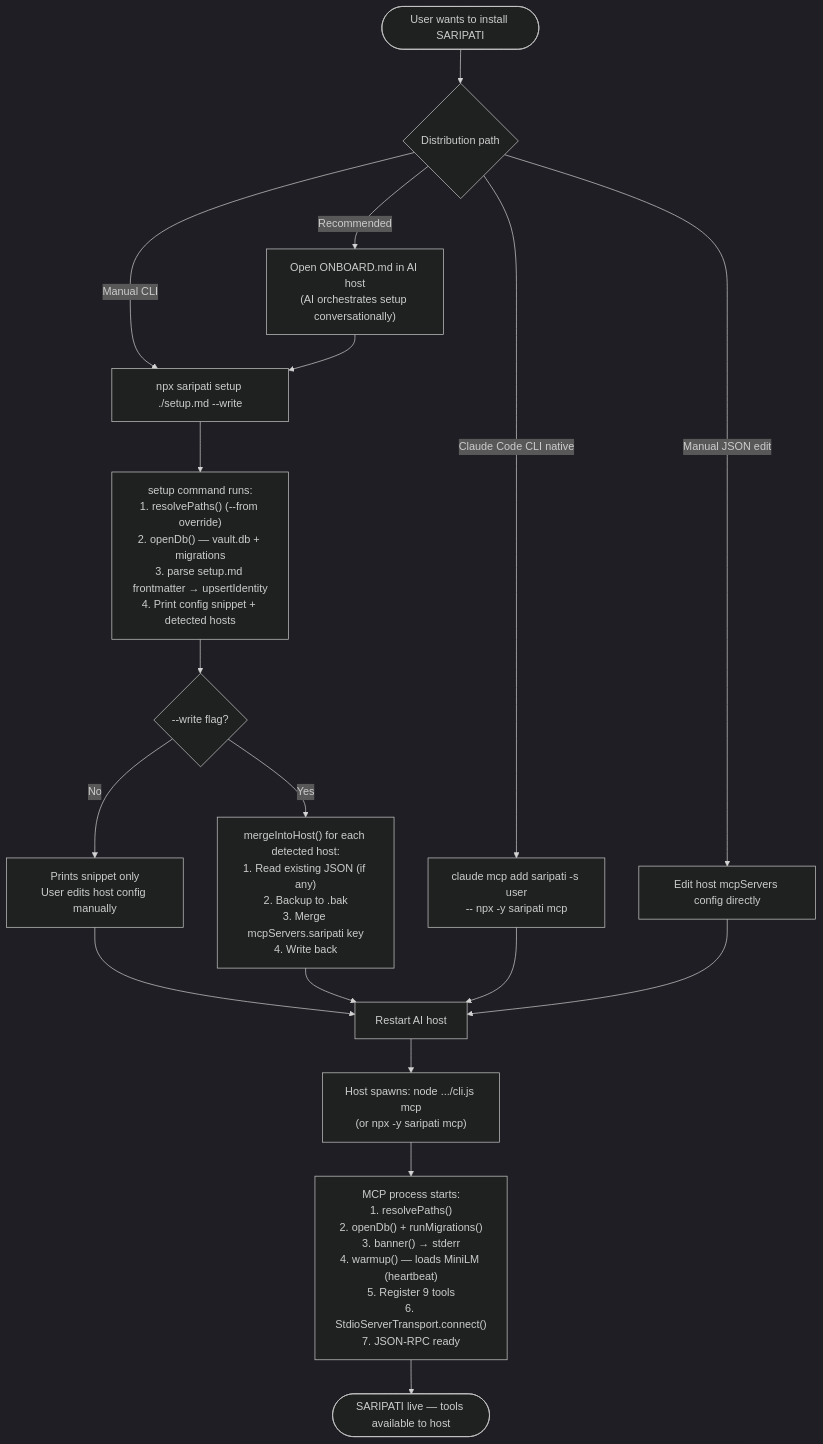
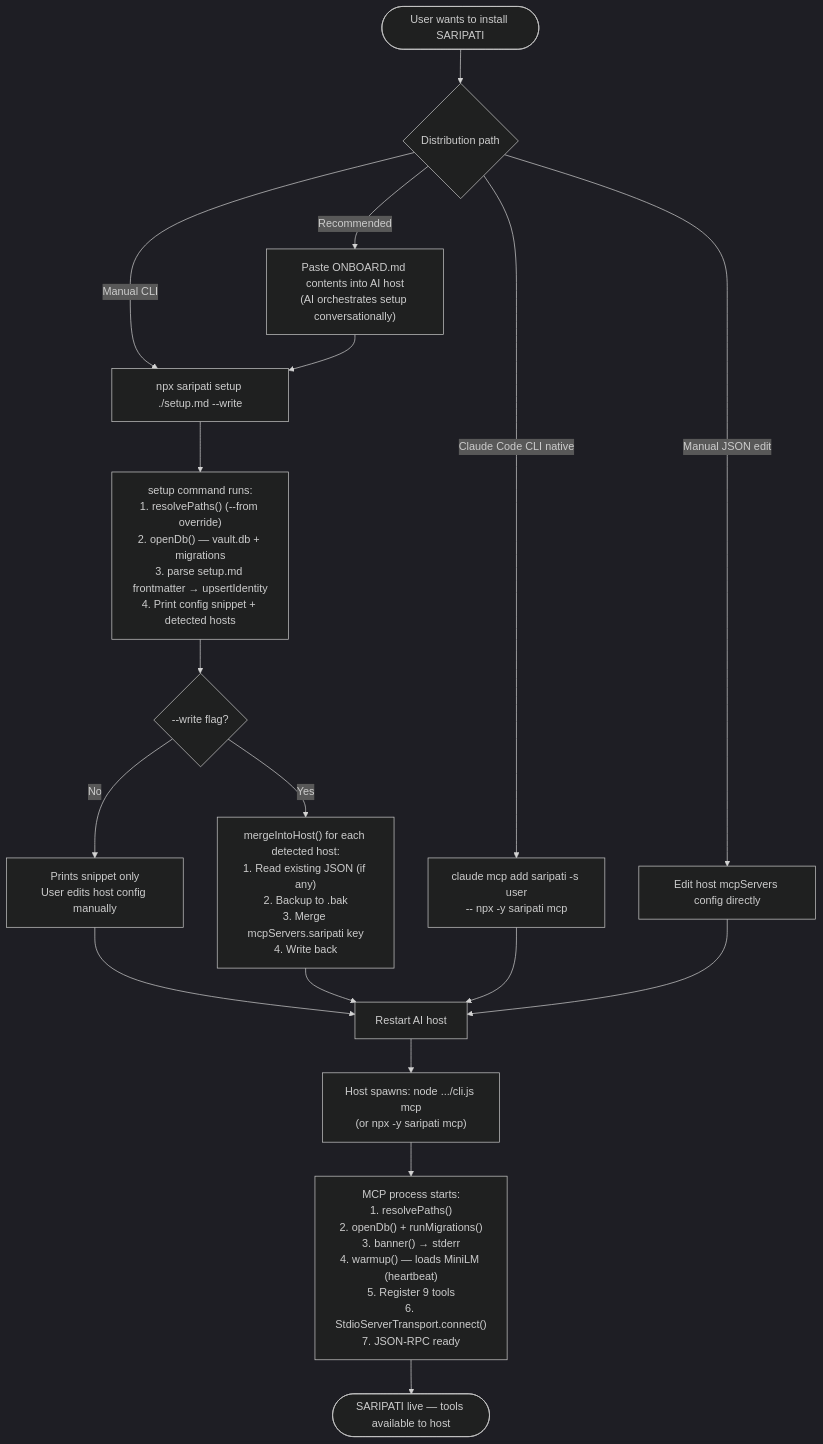
The first of 9 diagrams in docs/lifecycle.md (kyouscireul/saripati), drawn with Mermaid (dark theme) before and after one commit. The commit also changed 9 other files, not shown here.

````diff
--- a/docs/lifecycle.md
+++ b/docs/lifecycle.md
@@ -5,23 +5,23 @@
 ```mermaid
 flowchart TD
     A([User wants to install SARIPATI]) --> B{Distribution path}
 
-    B -->|Recommended| C["Open ONBOARD.md in AI host\n(AI orchestrates setup conversationally)"]
+    B -->|Recommended| C["Paste ONBOARD.md contents into AI host\n(AI orchestrates setup conversationally)"]
     B -->|Manual CLI| C2["npx saripati setup ./setup.md --write"]
     B -->|Claude Code CLI native| D["claude mcp add saripati -s user\n-- npx -y saripati mcp"]
     B -->|Manual JSON edit| E["Edit host mcpServers config directly"]
 
     C --> C2
     C2 --> G["setup command runs:\n1. resolvePaths() (--from override)\n2. openDb() — vault.db + migrations\n3. parse setup.md frontmatter → upsertIdentity\n4. Print config snippet + detected hosts"]
     G --> H{--write flag?}
     H -->|No| I["Prints snippet only\nUser edits host config manually"]
     H -->|Yes| J["mergeIntoHost() for each detected host:\n1. Read existing JSON (if any)\n2. Backup to .bak\n3. Merge mcpServers.saripati key\n4. Write back"]
     I --> K[Restart AI host]
     J --> K
     D --> K
     E --> K
 
     K --> L["Host spawns: node .../cli.js mcp\n(or npx -y saripati mcp)"]
     L --> M["MCP process starts:\n1. resolvePaths()\n2. openDb() + runMigrations()\n3. banner() → stderr\n4. warmup() — loads MiniLM (heartbeat)\n5. Register 9 tools\n6. StdioServerTransport.connect()\n7. JSON-RPC ready"]
     M --> N([SARIPATI live — tools available to host])
 ```
````
